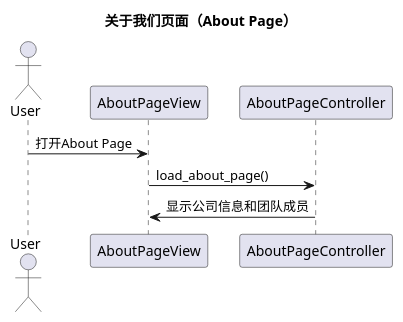
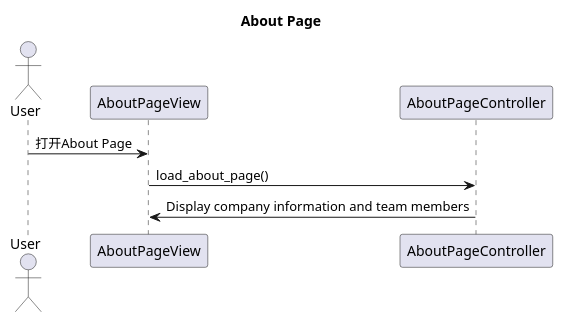
Before and after one commit to violeteye1234/group23_COMPS350F: the fifth of 16 diagrams in planning/class_diagrams.md, drawn with PlantUML. The commit also changed other lines of this file, not shown here.

````diff
--- a/planning/class_diagrams.md
+++ b/planning/class_diagrams.md
@@ -197,13 +197,13 @@
 ```plantuml
 @startuml
-title 关于我们页面（About Page）
+title About Page
 
 actor User
 participant "AboutPageView" as View
 participant "AboutPageController" as Controller
 
 User -> View: 打开About Page
 View -> Controller: load_about_page()
-Controller -> View: 显示公司信息和团队成员
+Controller -> View: Display company information and team members
 @enduml
 ```
````
